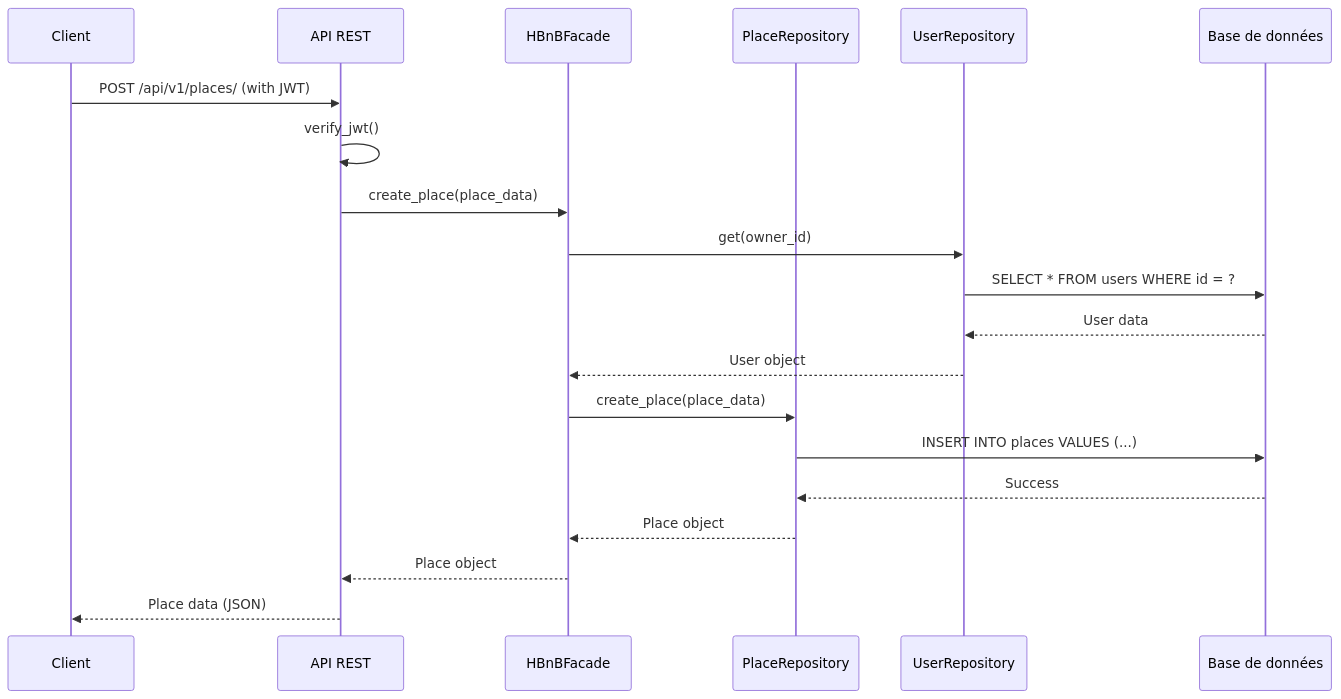
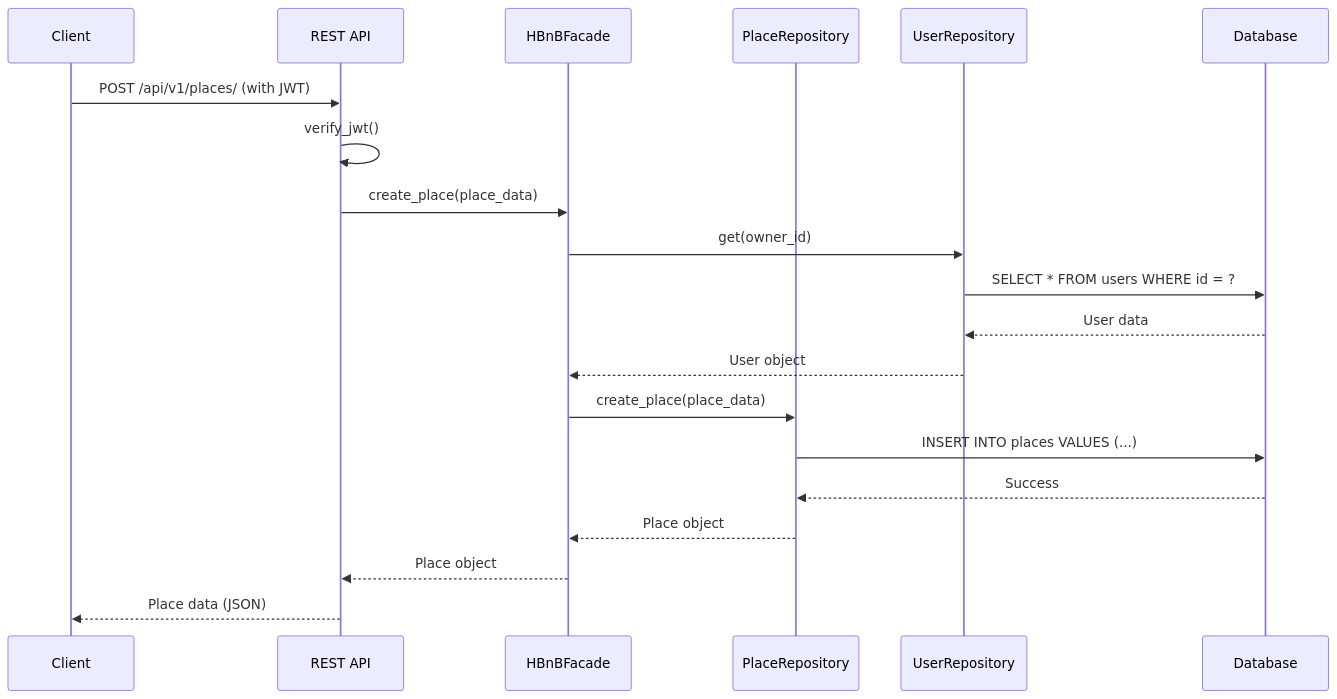
The fourth of 4 diagrams in part3/diagrams/architecture_diagram.md (neodwin/holbertonschool-hbnb), drawn with Mermaid before and after one commit. The commit also changed other lines of this file and 2 other files, not shown here.

Commit message:
uodate diagrams

````diff
--- a/part3/diagrams/architecture_diagram.md
+++ b/part3/diagrams/architecture_diagram.md
@@ -116,23 +116,23 @@
 ```mermaid
 sequenceDiagram
     participant Client
-    participant API as API REST
+    participant API as REST API
     participant Facade as HBnBFacade
     participant PlaceRepo as PlaceRepository
     participant UserRepo as UserRepository
-    participant DB as Base de données
+    participant DB as Database
     
     Client->>API: POST /api/v1/places/ (with JWT)
     API->>API: verify_jwt()
     API->>Facade: create_place(place_data)
     Facade->>UserRepo: get(owner_id)
     UserRepo->>DB: SELECT * FROM users WHERE id = ?
     DB-->>UserRepo: User data
     UserRepo-->>Facade: User object
     Facade->>PlaceRepo: create_place(place_data)
     PlaceRepo->>DB: INSERT INTO places VALUES (...)
     DB-->>PlaceRepo: Success
     PlaceRepo-->>Facade: Place object
     Facade-->>API: Place object
     API-->>Client: Place data (JSON)
 ``` 
````
